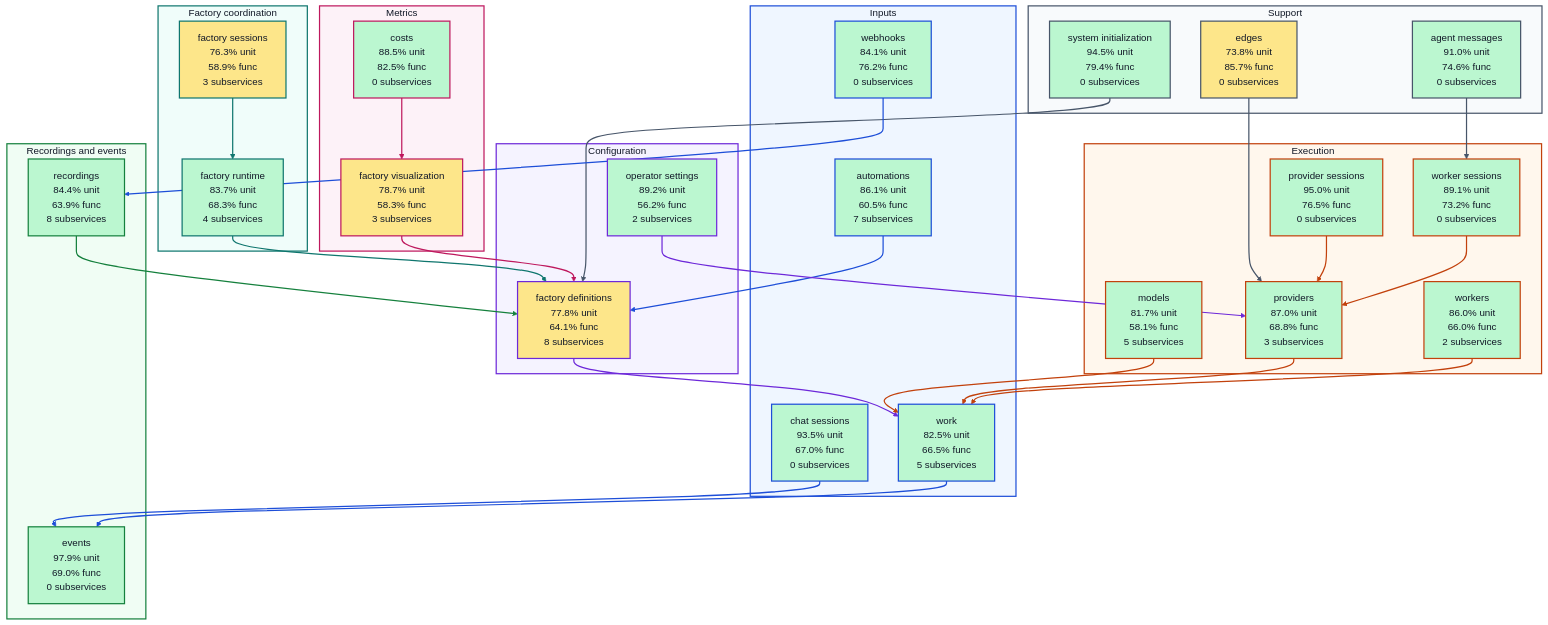
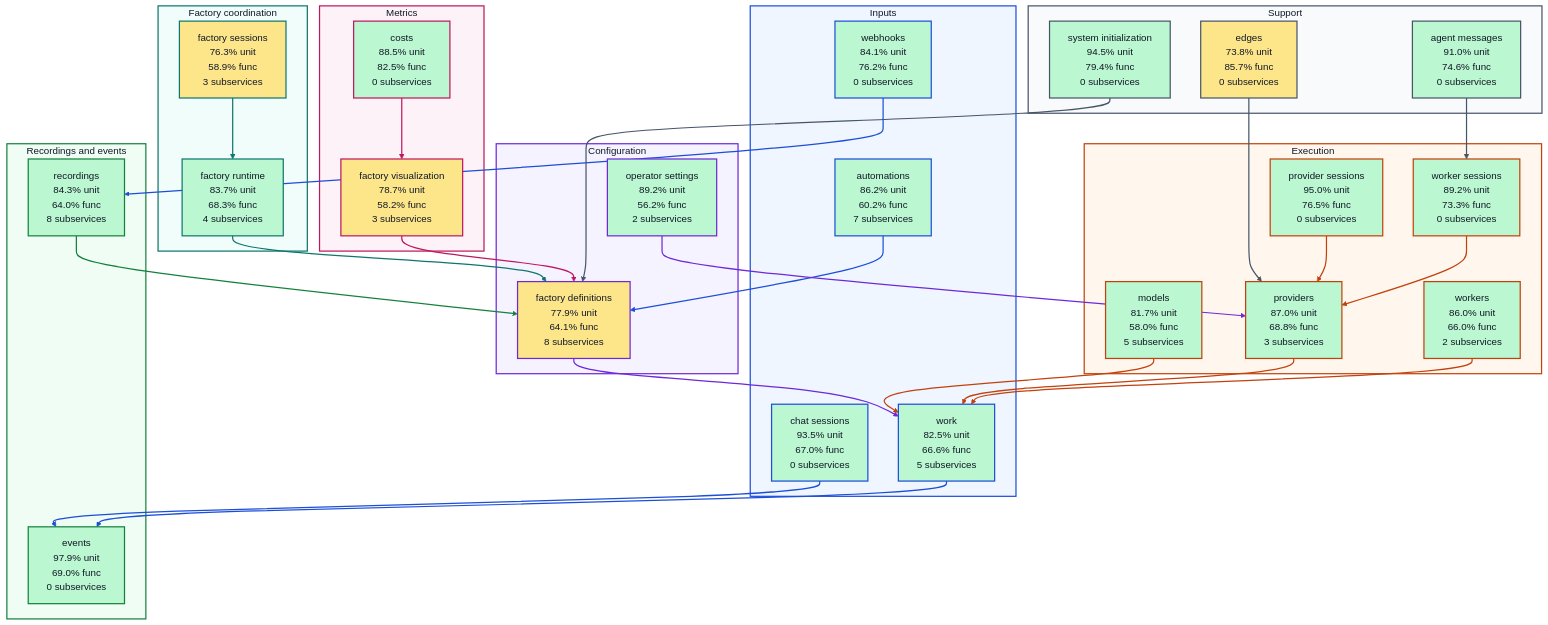
Before and after one commit to portpowered/you-agent-factory: the diagram in docs/architecture/visualizations/high-level-test-coverage.md, drawn with Mermaid. The commit also changed other lines of this file and 21 other files, not shown here.

Commit message:
docs: refresh backend architecture visualizations

````diff
--- a/docs/architecture/visualizations/high-level-test-coverage.md
+++ b/docs/architecture/visualizations/high-level-test-coverage.md
@@ -11,13 +11,13 @@
 ```mermaid
 flowchart TB
   subgraph input["Inputs"]
-    s_services_automations["automations<br/>86.1% unit<br/>60.5% func<br/>7 subservices"]
+    s_services_automations["automations<br/>86.2% unit<br/>60.2% func<br/>7 subservices"]
     s_services_chat_sessions["chat sessions<br/>93.5% unit<br/>67.0% func<br/>0 subservices"]
     s_services_webhooks["webhooks<br/>84.1% unit<br/>76.2% func<br/>0 subservices"]
-    s_services_work["work<br/>82.5% unit<br/>66.5% func<br/>5 subservices"]
+    s_services_work["work<br/>82.5% unit<br/>66.6% func<br/>5 subservices"]
   end
   subgraph configuration["Configuration"]
-    s_services_factory_definitions["factory definitions<br/>77.8% unit<br/>64.1% func<br/>8 subservices"]
+    s_services_factory_definitions["factory definitions<br/>77.9% unit<br/>64.1% func<br/>8 subservices"]
     s_services_operator_settings["operator settings<br/>89.2% unit<br/>56.2% func<br/>2 subservices"]
   end
   subgraph coordination["Factory coordination"]
@@ -25,19 +25,19 @@
     s_services_factory_sessions["factory sessions<br/>76.3% unit<br/>58.9% func<br/>3 subservices"]
   end
   subgraph execution["Execution"]
-    s_services_models["models<br/>81.7% unit<br/>58.1% func<br/>5 subservices"]
+    s_services_models["models<br/>81.7% unit<br/>58.0% func<br/>5 subservices"]
     s_services_provider_sessions["provider sessions<br/>95.0% unit<br/>76.5% func<br/>0 subservices"]
     s_services_providers["providers<br/>87.0% unit<br/>68.8% func<br/>3 subservices"]
-    s_services_worker_sessions["worker sessions<br/>89.1% unit<br/>73.2% func<br/>0 subservices"]
+    s_services_worker_sessions["worker sessions<br/>89.2% unit<br/>73.3% func<br/>0 subservices"]
     s_services_workers["workers<br/>86.0% unit<br/>66.0% func<br/>2 subservices"]
   end
   subgraph recordings["Recordings and events"]
     s_services_events["events<br/>97.9% unit<br/>69.0% func<br/>0 subservices"]
-    s_services_recordings["recordings<br/>84.4% unit<br/>63.9% func<br/>8 subservices"]
+    s_services_recordings["recordings<br/>84.3% unit<br/>64.0% func<br/>8 subservices"]
   end
   subgraph metrics["Metrics"]
     s_services_costs["costs<br/>88.5% unit<br/>82.5% func<br/>0 subservices"]
-    s_services_factory_visualization["factory visualization<br/>78.7% unit<br/>58.3% func<br/>3 subservices"]
+    s_services_factory_visualization["factory visualization<br/>78.7% unit<br/>58.2% func<br/>3 subservices"]
   end
   subgraph support["Support"]
     s_services_agent_messages["agent messages<br/>91.0% unit<br/>74.6% func<br/>0 subservices"]
````
